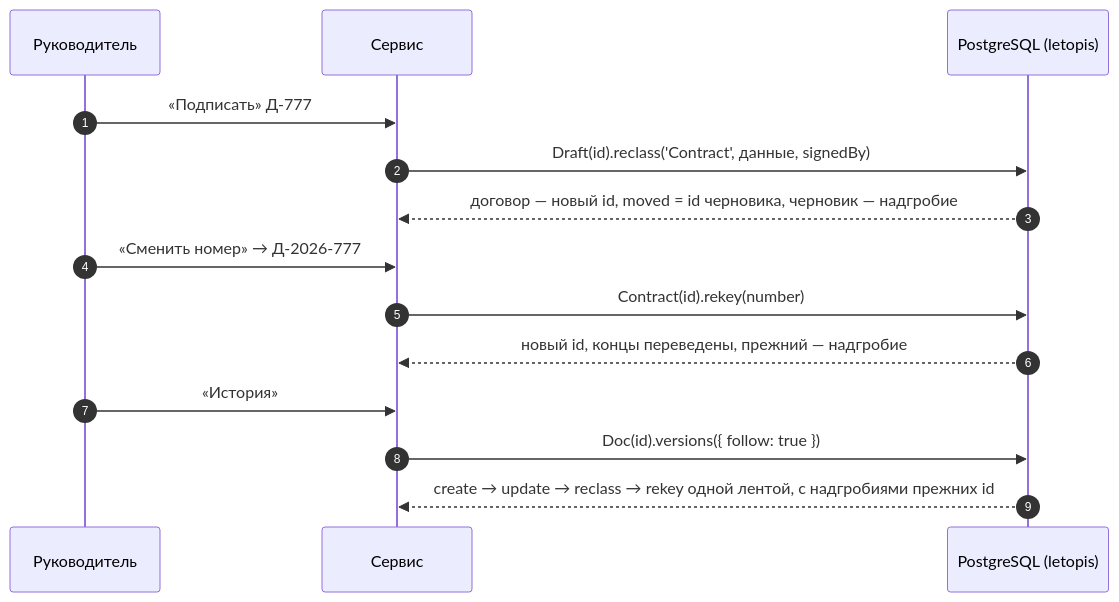
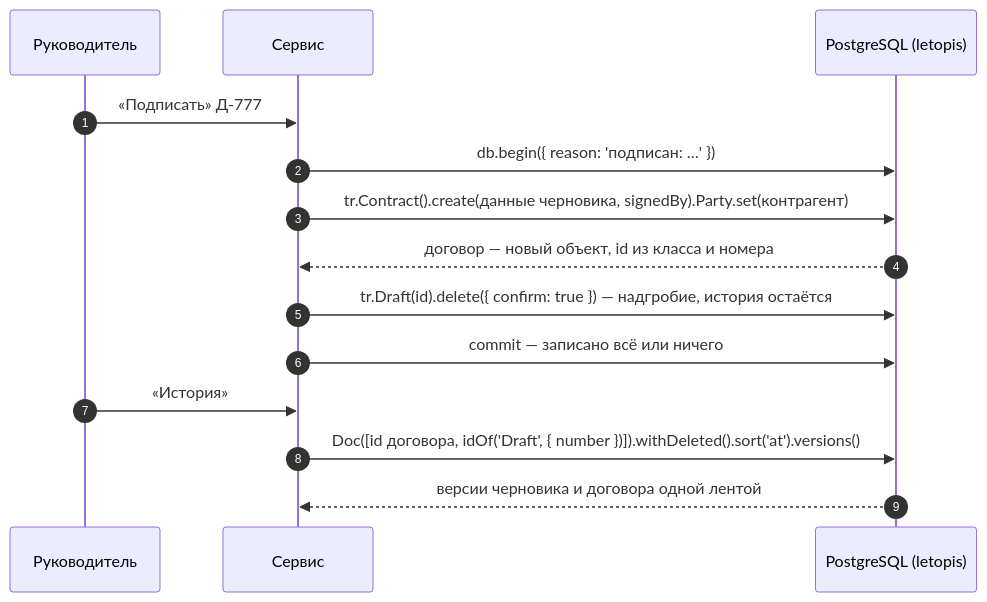
One commit to alepri51/letopis changed the second of 2 diagrams in guide/pages/services/documents.md. Above: the diagram before and after it, drawn with Mermaid. The commit also changed other lines of this file and 25 other files, not shown here.

````diff
--- a/guide/pages/services/documents.md
+++ b/guide/pages/services/documents.md
@@ -82,16 +74,16 @@
 ```mermaid
 sequenceDiagram
   autonumber
   participant U as Руководитель
   participant S as Сервис
   participant DB as PostgreSQL (letopis)
   U->>S: «Подписать» Д-777
-  S->>DB: Draft(id).reclass('Contract', данные, signedBy)
-  DB-->>S: договор — новый id, moved = id черновика, черновик — надгробие
-  U->>S: «Сменить номер» → Д-2026-777
-  S->>DB: Contract(id).rekey(number)
-  DB-->>S: новый id, концы переведены, прежний — надгробие
+  S->>DB: db.begin({ reason: 'подписан: …' })
+  S->>DB: tr.Contract().create(данные черновика, signedBy).Party.set(контрагент)
+  DB-->>S: договор — новый объект, id из класса и номера
+  S->>DB: tr.Draft(id).delete({ confirm: true }) — надгробие, история остаётся
+  S->>DB: commit — записано всё или ничего
   U->>S: «История»
-  S->>DB: Doc(id).versions({ follow: true })
-  DB-->>S: create → update → reclass → rekey одной лентой, с надгробиями прежних id
+  S->>DB: Doc([id договора, idOf('Draft', { number })]).withDeleted().sort('at').versions()
+  DB-->>S: версии черновика и договора одной лентой
 ```
````
